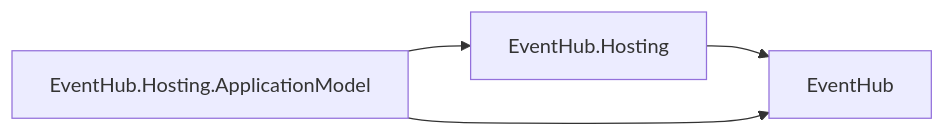
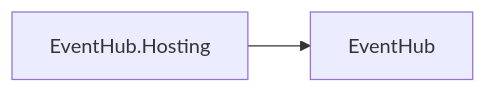
Before and after one commit to assimalign/cohesion: diagram 15 of 27 in docs/DEPENDENCIES.md, drawn with Mermaid. The commit also changed other lines of this file and 144 other files, not shown here.

First line of the commit message:
feat(fabric): add the fabric/ root with base application-model contracts

````diff
--- a/docs/DEPENDENCIES.md
+++ b/docs/DEPENDENCIES.md
@@ -714,9 +747,6 @@
 ```mermaid
 flowchart LR
     N0["EventHub"]
     N1["EventHub.Hosting"]
-    N2["EventHub.Hosting.ApplicationModel"]
     N1 --> N0
-    N2 --> N0
-    N2 --> N1
 ```
````
